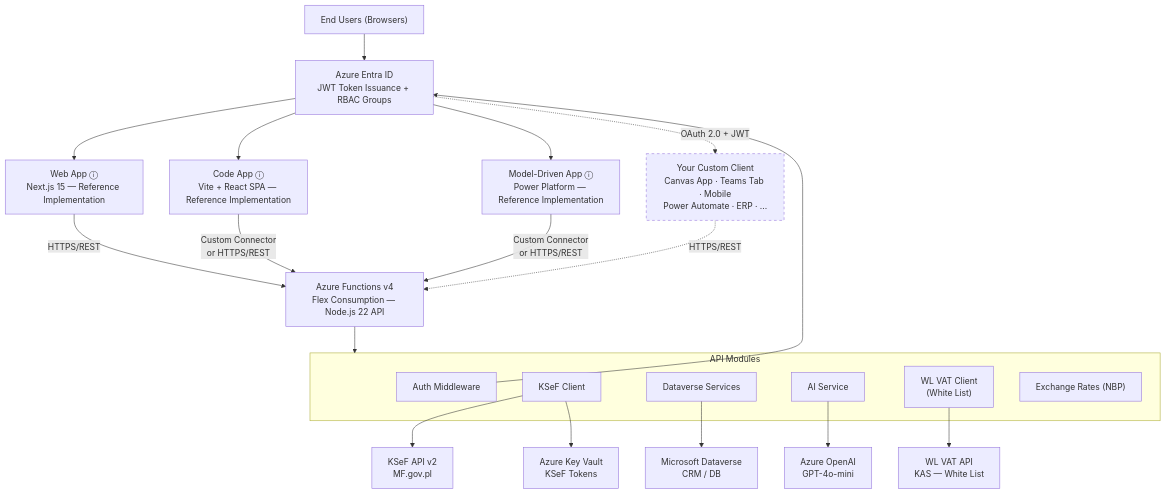
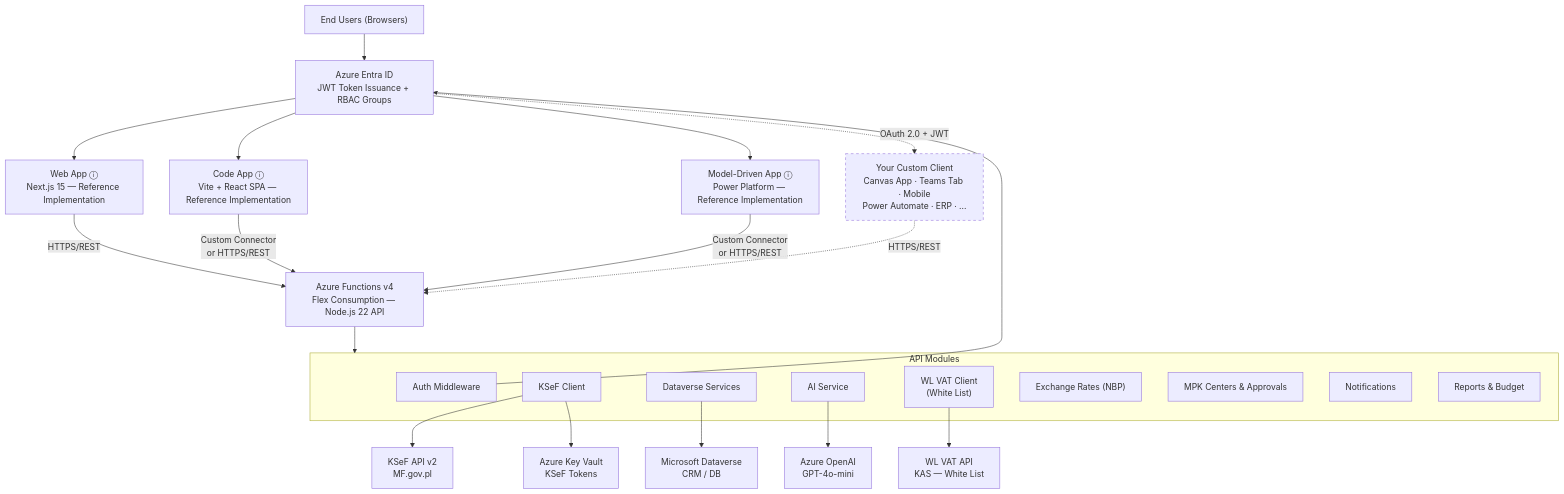
Before and after one commit to Developico/KSeF-Copilot: the first of 7 diagrams in docs/en/ARCHITECTURE.md, drawn with Mermaid. The commit also changed other lines of this file and 131 other files, not shown here.

First line of the commit message:
feat: MPK centers, approval workflow, budgets, notifications & reports

````diff
--- a/docs/en/ARCHITECTURE.md
+++ b/docs/en/ARCHITECTURE.md
@@ -60,32 +60,35 @@
 ```mermaid
 graph TB
     Users["End Users (Browsers)"] --> EntraID["Azure Entra ID<br/>JWT Token Issuance + RBAC Groups"]
     EntraID --> WebApp["Web App ⓘ<br/>Next.js 15 — Reference Implementation"]
     EntraID --> CodeApp["Code App ⓘ<br/>Vite + React SPA — Reference Implementation"]
     EntraID --> MDA["Model-Driven App ⓘ<br/>Power Platform — Reference Implementation"]
     EntraID -.->|OAuth 2.0 + JWT| CustomClient["Your Custom Client<br/>Canvas App · Teams Tab · Mobile<br/>Power Automate · ERP · ..."]
     
     WebApp -->|HTTPS/REST| API["Azure Functions v4<br/>Flex Consumption — Node.js 22 API"]
     CodeApp -->|Custom Connector<br/>or HTTPS/REST| API
     MDA -->|Custom Connector<br/>or HTTPS/REST| API
     CustomClient -.->|HTTPS/REST| API
 
     subgraph API_Modules["API Modules"]
         Auth["Auth Middleware"]
         KSeFClient["KSeF Client"]
         DVServices["Dataverse Services"]
         AIService["AI Service"]
         VATClient["WL VAT Client<br/>(White List)"]
         NBP["Exchange Rates (NBP)"]
+        MPK["MPK Centers & Approvals"]
+        Notifications["Notifications"]
+        Reports["Reports & Budget"]
     end
 
     API --> API_Modules
     Auth --> EntraID
     AIService --> OpenAI["Azure OpenAI<br/>GPT-4o-mini"]
     KSeFClient --> KSeF["KSeF API v2<br/>MF.gov.pl"]
     DVServices --> Dataverse["Microsoft Dataverse<br/>CRM / DB"]
     VATClient --> WLAPI["WL VAT API<br/>KAS — White List"]
     KSeFClient --> KeyVault["Azure Key Vault<br/>KSeF Tokens"]
 
     style CustomClient stroke-dasharray: 5 5
 ```
````
